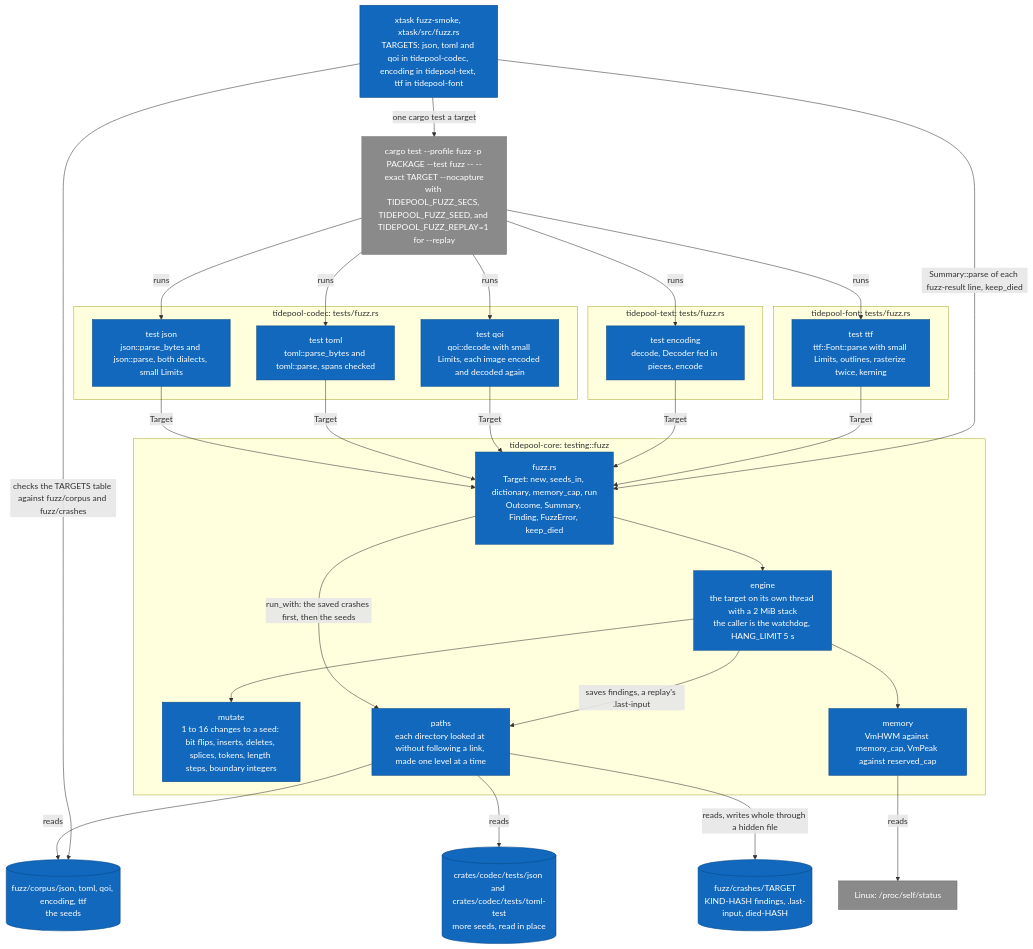
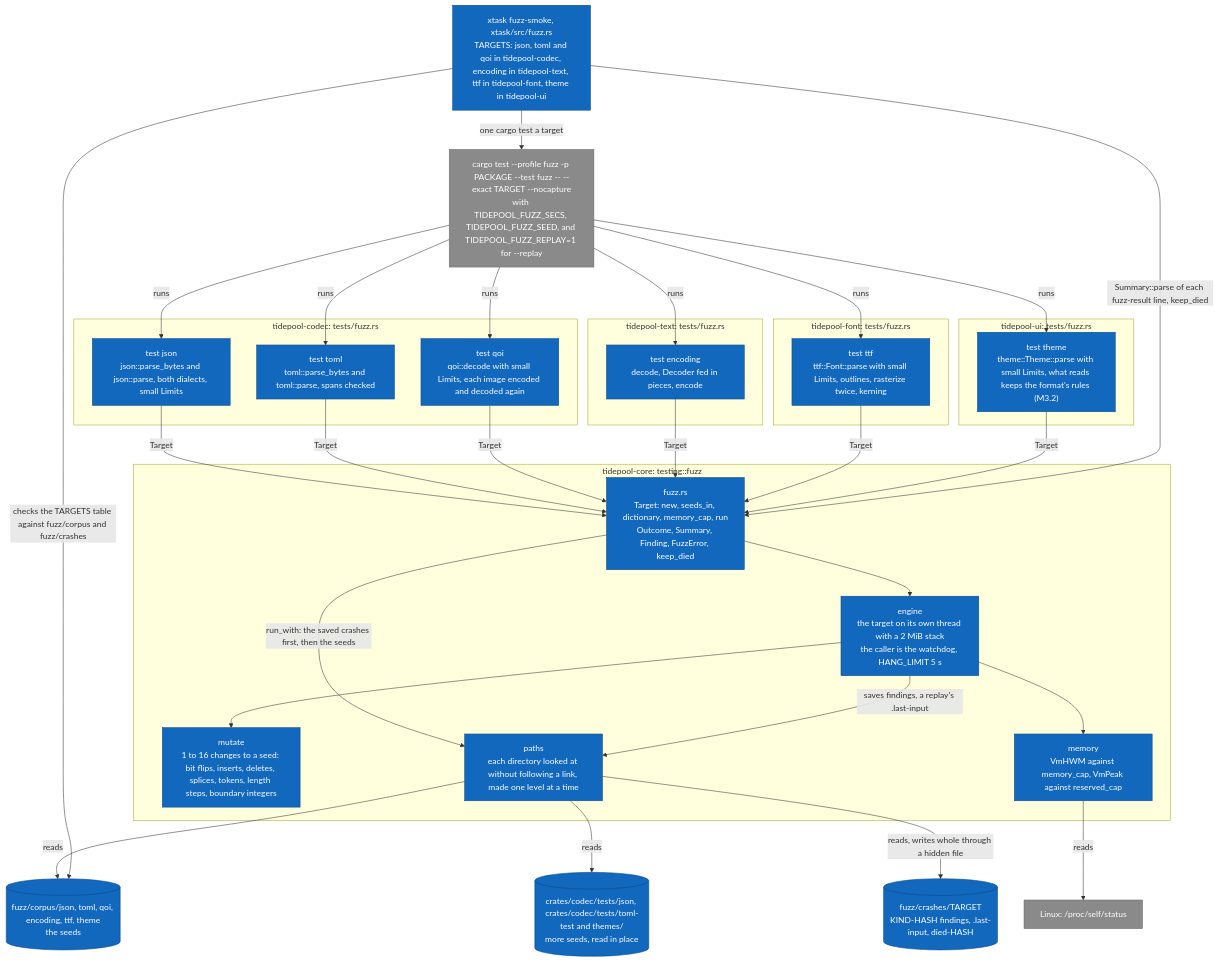
Diagram 15 of 17 in diagrams/c4-architecture.md (jabbott-iii/Tidepool), drawn with Mermaid before and after one commit. The commit also changed other lines of this file and 50 other files, not shown here.

First line of the commit message:
ui: theme tokens and `cargo xtask theme` (M3.2)

````diff
--- a/diagrams/c4-architecture.md
+++ b/diagrams/c4-architecture.md
@@ -826,57 +848,62 @@
 ```mermaid
 flowchart TB
-    c_smoke["xtask fuzz-smoke, xtask/src/fuzz.rs<br/>TARGETS: json, toml and qoi in tidepool-codec, encoding in tidepool-text, ttf in tidepool-font"]
+    c_smoke["xtask fuzz-smoke, xtask/src/fuzz.rs<br/>TARGETS: json, toml and qoi in tidepool-codec, encoding in tidepool-text, ttf in tidepool-font, theme in tidepool-ui"]
     e_cargo["cargo test --profile fuzz -p PACKAGE --test fuzz -- --exact TARGET --nocapture<br/>with TIDEPOOL_FUZZ_SECS, TIDEPOOL_FUZZ_SEED, and TIDEPOOL_FUZZ_REPLAY=1 for --replay"]
     subgraph b_codec["tidepool-codec: tests/fuzz.rs"]
         t_json["test json<br/>json::parse_bytes and json::parse, both dialects, small Limits"]
         t_toml["test toml<br/>toml::parse_bytes and toml::parse, spans checked"]
         t_qoi["test qoi<br/>qoi::decode with small Limits, each image encoded and decoded again"]
     end
     subgraph b_text["tidepool-text: tests/fuzz.rs"]
         t_enc["test encoding<br/>decode, Decoder fed in pieces, encode"]
     end
     subgraph b_font["tidepool-font: tests/fuzz.rs"]
         t_ttf["test ttf<br/>ttf::Font::parse with small Limits, outlines, rasterize twice, kerning"]
     end
+    subgraph b_ui["tidepool-ui: tests/fuzz.rs"]
+        t_theme["test theme<br/>theme::Theme::parse with small Limits, what reads keeps the format's rules (M3.2)"]
+    end
     subgraph b_fuzz["tidepool-core: testing::fuzz"]
         f_api["fuzz.rs<br/>Target: new, seeds_in, dictionary, memory_cap, run<br/>Outcome, Summary, Finding, FuzzError, keep_died"]
         f_engine["engine<br/>the target on its own thread with a 2 MiB stack<br/>the caller is the watchdog, HANG_LIMIT 5 s"]
         f_mutate["mutate<br/>1 to 16 changes to a seed: bit flips, inserts, deletes, splices, tokens, length steps, boundary integers"]
         f_memory["memory<br/>VmHWM against memory_cap, VmPeak against reserved_cap"]
         f_paths["paths<br/>each directory looked at without following a link, made one level at a time"]
     end
-    s_corpus[("fuzz/corpus/json, toml, qoi, encoding, ttf<br/>the seeds")]
-    s_inplace[("crates/codec/tests/json and crates/codec/tests/toml-test<br/>more seeds, read in place")]
+    s_corpus[("fuzz/corpus/json, toml, qoi, encoding, ttf, theme<br/>the seeds")]
+    s_inplace[("crates/codec/tests/json, crates/codec/tests/toml-test and themes/<br/>more seeds, read in place")]
     s_crashes[("fuzz/crashes/TARGET<br/>KIND-HASH findings, .last-input, died-HASH")]
     e_proc["Linux: /proc/self/status"]
 
     c_smoke -->|"one cargo test a target"| e_cargo
     e_cargo -->|"runs"| t_json
     e_cargo -->|"runs"| t_toml
     e_cargo -->|"runs"| t_qoi
     e_cargo -->|"runs"| t_enc
     e_cargo -->|"runs"| t_ttf
+    e_cargo -->|"runs"| t_theme
     t_json -->|"Target"| f_api
     t_toml -->|"Target"| f_api
     t_qoi -->|"Target"| f_api
     t_enc -->|"Target"| f_api
     t_ttf -->|"Target"| f_api
+    t_theme -->|"Target"| f_api
     f_api -->|"run_with: the saved crashes first, then the seeds"| f_paths
     f_api --> f_engine
     f_engine --> f_mutate
     f_engine --> f_memory
     f_engine -->|"saves findings, a replay's .last-input"| f_paths
     f_paths -->|"reads"| s_corpus
     f_paths -->|"reads"| s_inplace
     f_paths -->|"reads, writes whole through a hidden file"| s_crashes
     f_memory -->|"reads"| e_proc
     c_smoke -->|"Summary::parse of each fuzz-result line, keep_died"| f_api
     c_smoke -->|"checks the TARGETS table against fuzz/corpus and fuzz/crashes"| s_corpus
 
     classDef built fill:#1168bd,stroke:#0b4884,color:#ffffff
     classDef external fill:#8a8a8a,stroke:#6b6b6b,color:#ffffff
     classDef store fill:#1168bd,stroke:#0b4884,color:#ffffff
-    class c_smoke,t_json,t_toml,t_qoi,t_enc,t_ttf,f_api,f_engine,f_mutate,f_memory,f_paths built
+    class c_smoke,t_json,t_toml,t_qoi,t_enc,t_ttf,t_theme,f_api,f_engine,f_mutate,f_memory,f_paths built
     class s_corpus,s_inplace,s_crashes store
     class e_cargo,e_proc external
 ```
````
